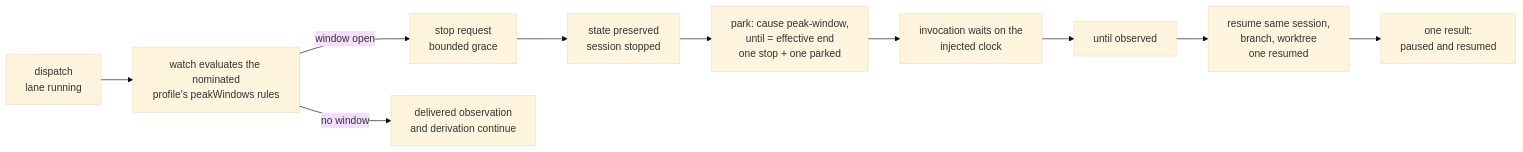
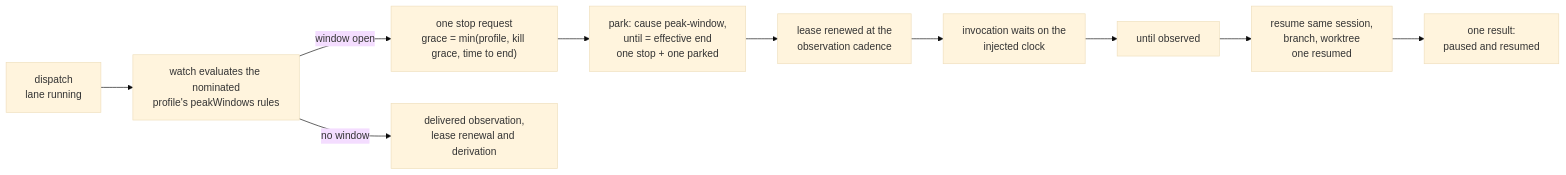
The first of 3 diagrams in doc/changes/2026-11/2026-11-26--GH-413--peak-pausing-dispatch-lane/chg-GH-413-spec.md (juliusz-cwiakalski/agentic-delivery-os), drawn with Mermaid (base theme) before and after one commit. The commit also changed other lines of this file and 2 other files, not shown here.

Commit message:
docs(GH-413): update doc/changes/2026-11/2026-11-26--GH-413--peak-pausi…

````diff
--- a/doc/changes/2026-11/2026-11-26--GH-413--peak-pausing-dispatch-lane/chg-GH-413-spec.md
+++ b/doc/changes/2026-11/2026-11-26--GH-413--peak-pausing-dispatch-lane/chg-GH-413-spec.md
@@ -148,12 +170,12 @@
 ```mermaid
 flowchart LR
   A["dispatch <ref><br/>lane running"] --> B["watch evaluates the nominated<br/>profile's peakWindows rules"]
-  B -->|"window open"| C["stop request<br/>bounded grace"]
-  C --> D["state preserved<br/>session stopped"]
-  D --> E["park: cause peak-window,<br/>until = effective end<br/>one stop + one parked"]
+  B -->|"window open"| C["one stop request<br/>grace = min(profile, kill grace, time to end)"]
+  C --> D["park: cause peak-window,<br/>until = effective end<br/>one stop + one parked"]
+  D --> E["lease renewed at the<br/>observation cadence"]
   E --> F["invocation waits on the<br/>injected clock"]
   F --> G["until observed"]
   G --> H["resume same session,<br/>branch, worktree<br/>one resumed"]
   H --> I["one result:<br/>paused and resumed"]
-  B -->|"no window"| J["delivered observation<br/>and derivation continue"]
+  B -->|"no window"| J["delivered observation,<br/>lease renewal and derivation"]
 ```
````
